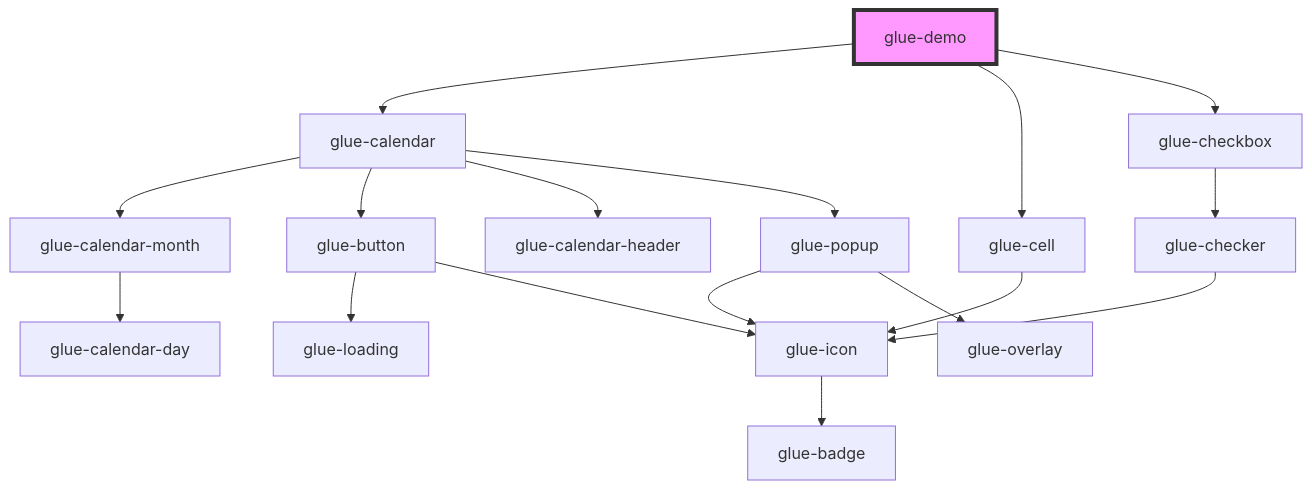
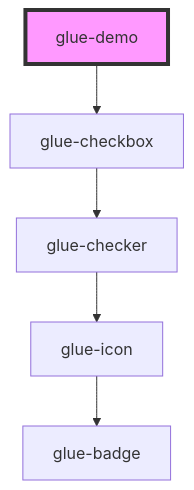
One commit to grasilife/glue changed the diagram in packages/glue-components/src/components/glue-demo/readme.md. Above: the diagram before and after it, drawn with Mermaid. The commit also changed other lines of this file and 10 other files, not shown here.

````diff
--- a/packages/glue-components/src/components/glue-demo/readme.md
+++ b/packages/glue-components/src/components/glue-demo/readme.md
@@ -17,20 +15,8 @@
 ```mermaid
 graph TD;
-  glue-demo --> glue-calendar
-  glue-demo --> glue-cell
   glue-demo --> glue-checkbox
-  glue-calendar --> glue-calendar-month
-  glue-calendar --> glue-button
-  glue-calendar --> glue-calendar-header
-  glue-calendar --> glue-popup
-  glue-calendar-month --> glue-calendar-day
-  glue-button --> glue-loading
-  glue-button --> glue-icon
-  glue-icon --> glue-badge
-  glue-popup --> glue-icon
-  glue-popup --> glue-overlay
-  glue-cell --> glue-icon
   glue-checkbox --> glue-checker
   glue-checker --> glue-icon
+  glue-icon --> glue-badge
   style glue-demo fill:#f9f,stroke:#333,stroke-width:4px
 ```
````
